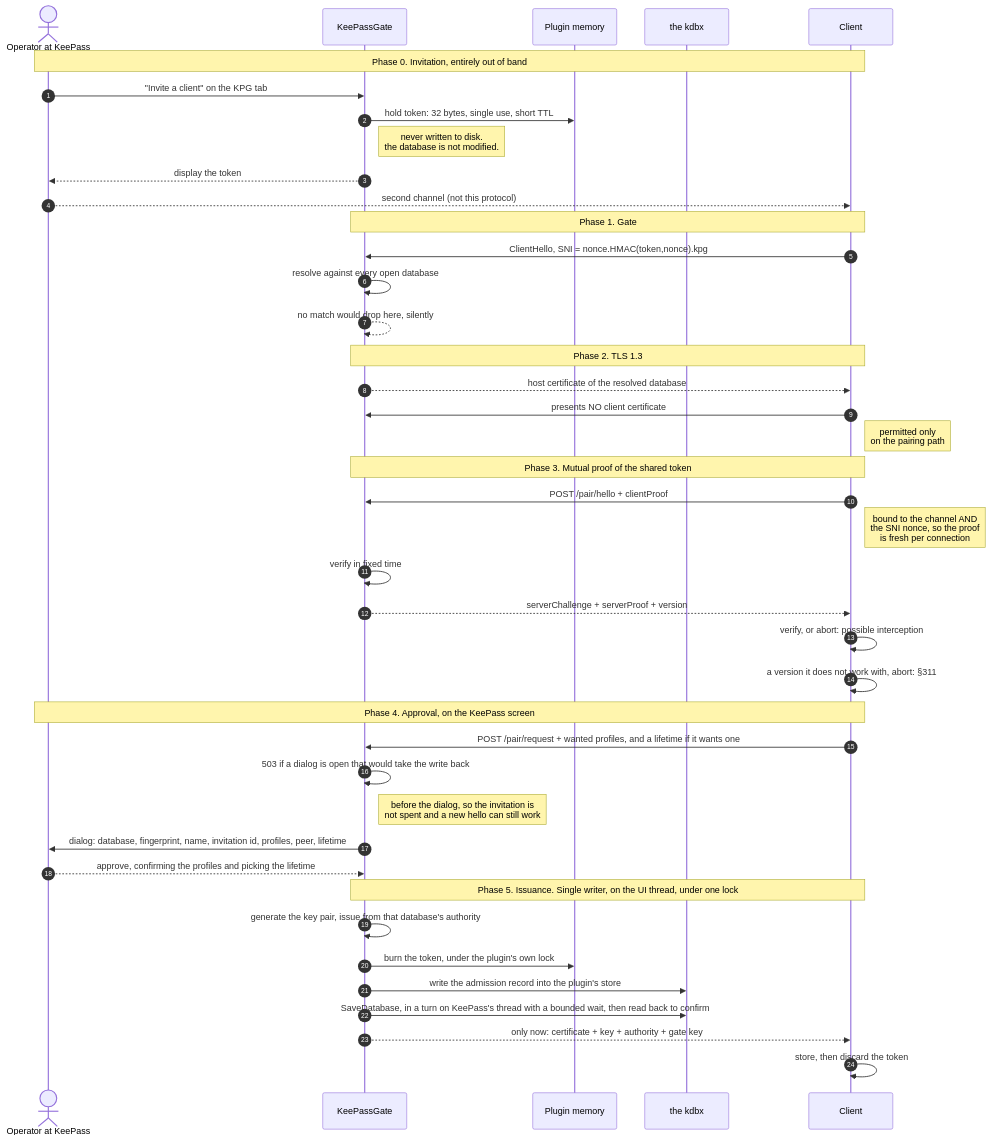
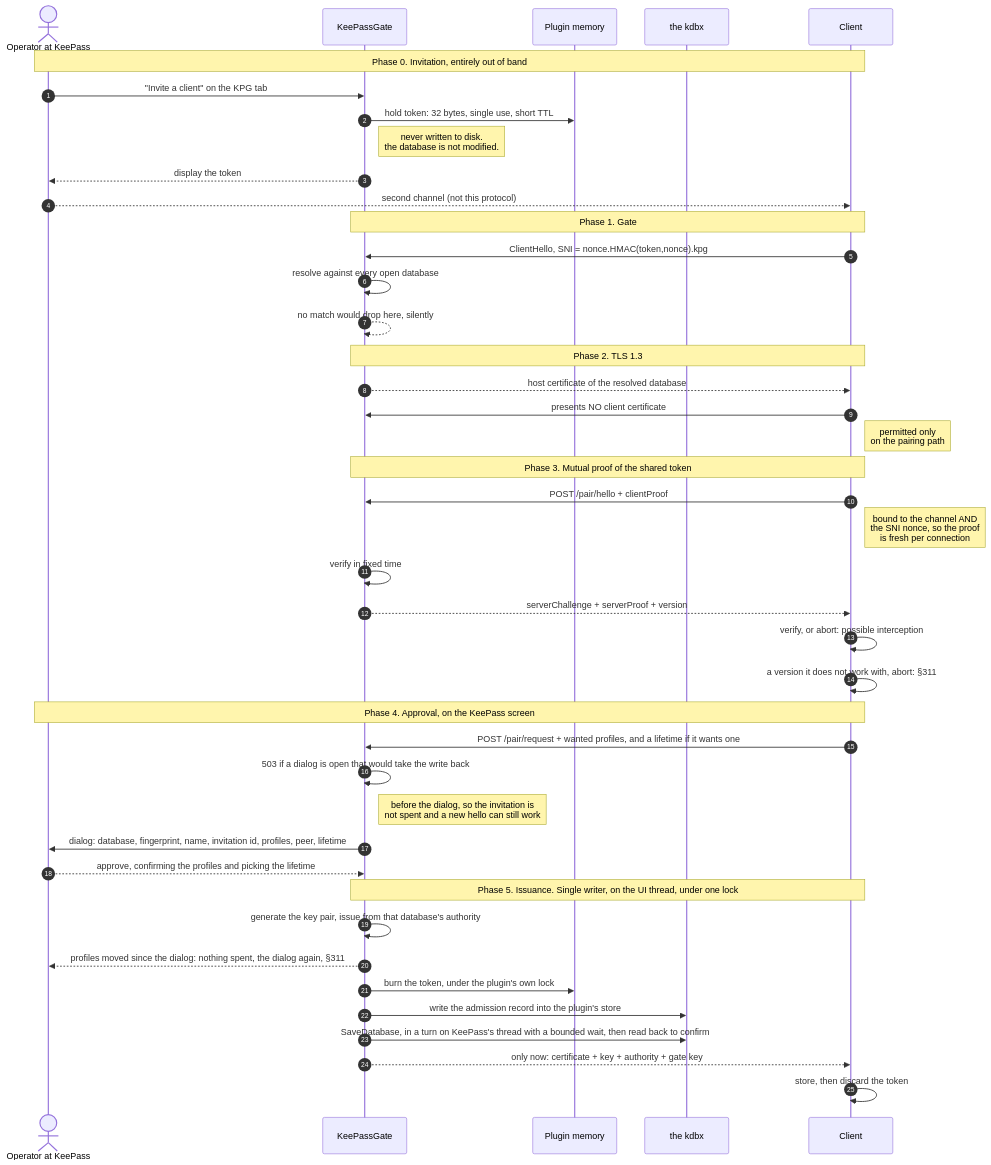
One commit to mfrnd/KeePassGate changed the second of 5 diagrams in PAIRING.md. Above: the diagram before and after it, drawn with Mermaid. The commit also changed other lines of this file and 37 other files, not shown here.

````diff
--- a/PAIRING.md
+++ b/PAIRING.md
@@ -75,49 +75,50 @@
 ```mermaid
 sequenceDiagram
     autonumber
     actor OP as Operator at KeePass
     participant KPG as KeePassGate
     participant MEM as Plugin memory
     participant DB as the kdbx
     participant CL as Client
 
     Note over OP,CL: Phase 0. Invitation, entirely out of band
     OP->>KPG: "Invite a client" on the KPG tab
     KPG->>MEM: hold token: 32 bytes, single use, short TTL
     Note right of KPG: never written to disk.<br/>the database is not modified.
     KPG-->>OP: display the token
     OP-->>CL: second channel (not this protocol)
 
     Note over KPG,CL: Phase 1. Gate
     CL->>KPG: ClientHello, SNI = nonce.HMAC(token,nonce).kpg
     KPG->>KPG: resolve against every open database
     KPG-->>KPG: no match would drop here, silently
 
     Note over KPG,CL: Phase 2. TLS 1.3
     KPG-->>CL: host certificate of the resolved database
     CL->>KPG: presents NO client certificate
     Note right of CL: permitted only<br/>on the pairing path
 
     Note over KPG,CL: Phase 3. Mutual proof of the shared token
     CL->>KPG: POST /pair/hello + clientProof
     Note right of CL: bound to the channel AND<br/>the SNI nonce, so the proof<br/>is fresh per connection
     KPG->>KPG: verify in fixed time
     KPG-->>CL: serverChallenge + serverProof + version
     CL->>CL: verify, or abort: possible interception
     CL->>CL: a version it does not work with, abort: §311
 
     Note over OP,CL: Phase 4. Approval, on the KeePass screen
     CL->>KPG: POST /pair/request + wanted profiles, and a lifetime if it wants one
     KPG->>KPG: 503 if a dialog is open that would take the write back
     Note right of KPG: before the dialog, so the invitation is<br/>not spent and a new hello can still work
     KPG->>OP: dialog: database, fingerprint, name, invitation id, profiles, peer, lifetime
     OP-->>KPG: approve, confirming the profiles and picking the lifetime
 
     Note over KPG,CL: Phase 5. Issuance. Single writer, on the UI thread, under one lock
     KPG->>KPG: generate the key pair, issue from that database's authority
+    KPG-->>OP: profiles moved since the dialog: nothing spent, the dialog again, §311
     KPG->>MEM: burn the token, under the plugin's own lock
     KPG->>DB: write the admission record into the plugin's store
     KPG->>DB: SaveDatabase, in a turn on KeePass's thread with a bounded wait, then read back to confirm
     KPG-->>CL: only now: certificate + key + authority + gate key
     CL->>CL: store, then discard the token
 ```
````
